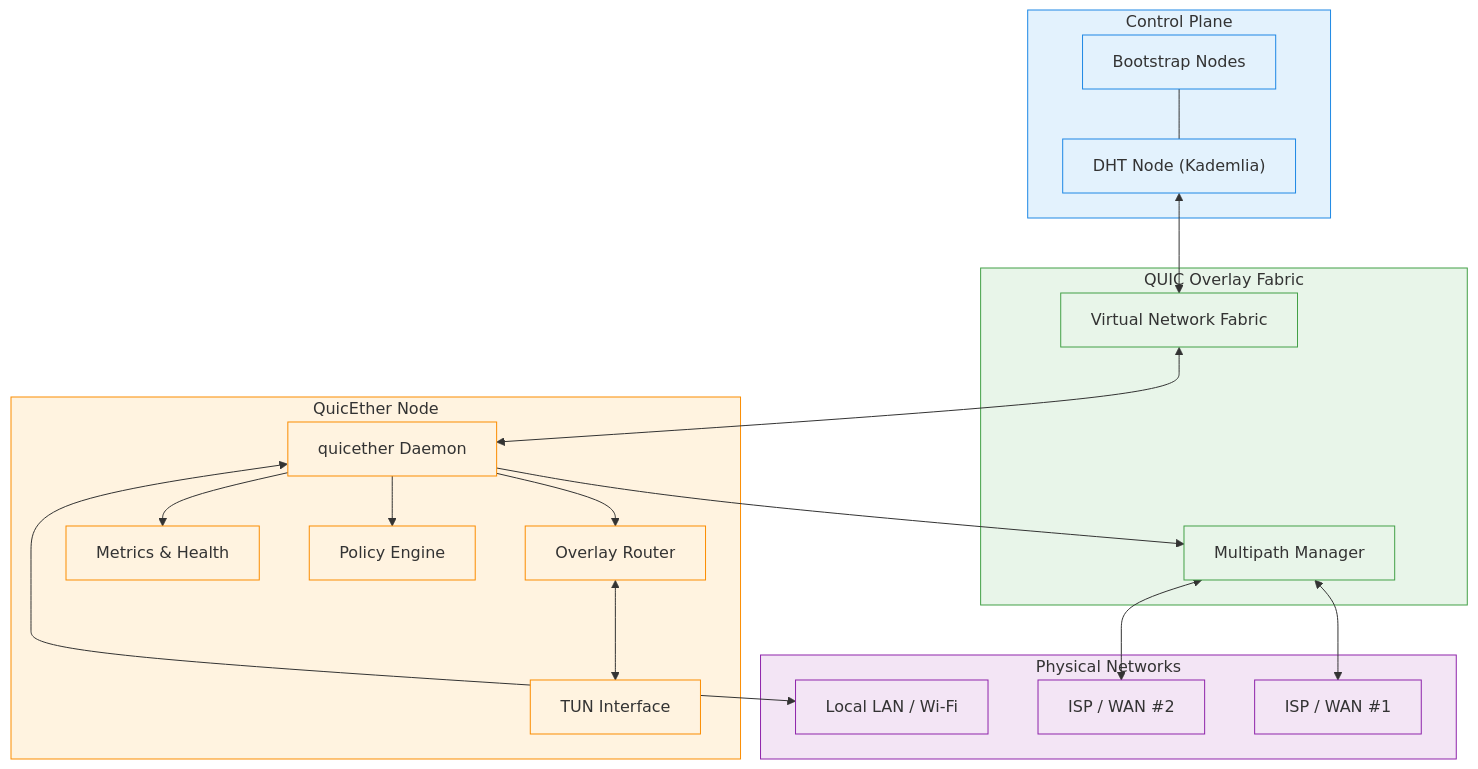
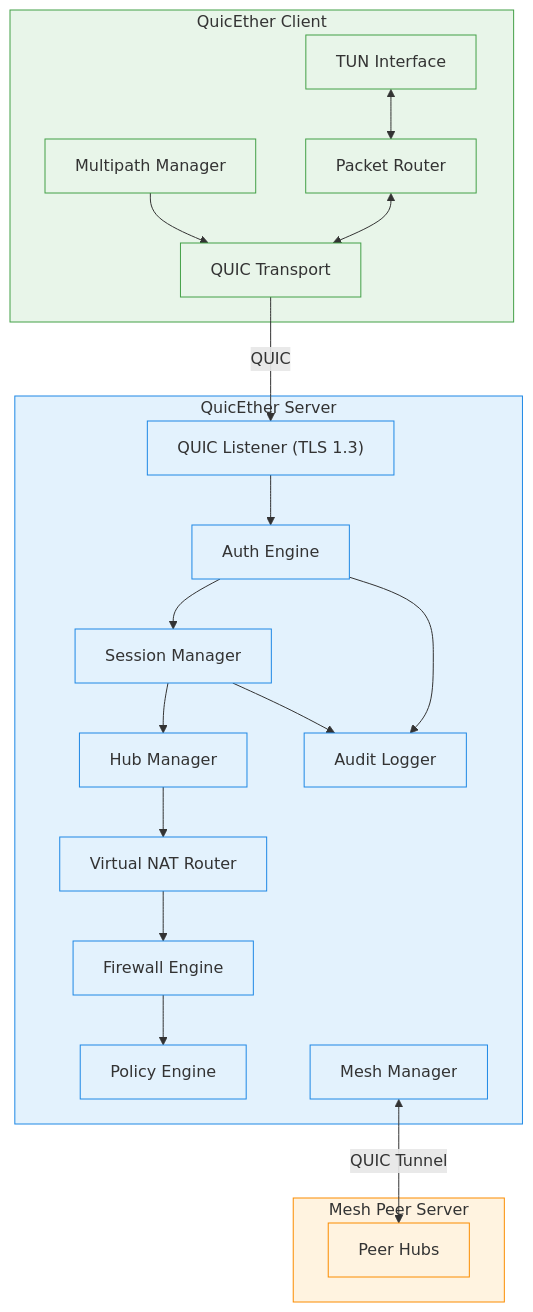
Before and after one commit to quicether/book: the first of 2 diagrams in 05-architecture.md, drawn with Mermaid. The commit also changed other lines of this file and 20 other files, not shown here.

First line of the commit message:
Refactor README and architecture diagrams for QuicEther v2.0

````diff
--- a/05-architecture.md
+++ b/05-architecture.md
@@ -42,56 +47,47 @@
 ```mermaid
 graph TD
-    %% Top layer: Control plane
-    subgraph ControlPlane[Control Plane]
-        DHT["DHT Node (Kademlia)"]
-        BOOT["Bootstrap Nodes"]
+    subgraph Server["QuicEther Server"]
+        LISTENER["QUIC Listener (TLS 1.3)"]
+        AUTH["Auth Engine"]
+        HUB["Hub Manager"]
+        SESSION["Session Manager"]
+        NAT["Virtual NAT Router"]
+        FW["Firewall Engine"]
+        POLICY["Policy Engine"]
+        MESH["Mesh Manager"]
+        AUDIT["Audit Logger"]
     end
 
-    %% Middle layer: Overlay fabric
-    subgraph OverlayFabric["QUIC Overlay Fabric"]
-        VNF["Virtual Network Fabric"]
+    subgraph Client["QuicEther Client"]
+        TUN["TUN Interface"]
+        TRANSPORT["QUIC Transport"]
         MP["Multipath Manager"]
+        ROUTER["Packet Router"]
     end
 
-    %% Bottom layer: Data plane per node
-    subgraph Node["QuicEther Node"]
-        DAEMON["quicether Daemon"]
-        TUN["TUN Interface"]
-        ROUTER["Overlay Router"]
-        POLICY["Policy Engine"]
-        METRICS["Metrics & Health"]
+    subgraph MeshPeer["Mesh Peer Server"]
+        PEER_HUB["Peer Hubs"]
     end
 
-    %% External networks
-    subgraph Underlay["Physical Networks"]
-        ISP1["ISP / WAN #1"]
-        ISP2["ISP / WAN #2"]
-        LAN["Local LAN / Wi-Fi"]
-    end
+    TRANSPORT -->|QUIC| LISTENER
+    LISTENER --> AUTH
+    AUTH --> SESSION
+    SESSION --> HUB
+    HUB --> NAT
+    NAT --> FW
+    FW --> POLICY
+    TUN <--> ROUTER
+    ROUTER <--> TRANSPORT
+    MP --> TRANSPORT
+    MESH <-->|QUIC Tunnel| PEER_HUB
+    AUTH --> AUDIT
+    SESSION --> AUDIT
 
-    %% Relationships
-    BOOT --- DHT
-    DHT <--> VNF
+    classDef server fill:#e3f2fd,stroke:#1e88e5;
+    classDef client fill:#e8f5e9,stroke:#43a047;
+    classDef peer fill:#fff3e0,stroke:#fb8c00;
 
-    VNF <--> DAEMON
-    DAEMON --> MP
-    DAEMON --> ROUTER
-    ROUTER <--> TUN
-    DAEMON --> POLICY
-    DAEMON --> METRICS
-
-    MP <--> ISP1
-    MP <--> ISP2
-    DAEMON <--> LAN
-
-    %% Notes
-    classDef control fill:#e3f2fd,stroke:#1e88e5;
-    classDef overlay fill:#e8f5e9,stroke:#43a047;
-    classDef node fill:#fff3e0,stroke:#fb8c00;
-    classDef underlay fill:#f3e5f5,stroke:#8e24aa;
-
-    class ControlPlane,DHT,BOOT control;
-    class OverlayFabric,VNF,MP overlay;
-    class Node,DAEMON,TUN,ROUTER,POLICY,METRICS node;
-    class Underlay,ISP1,ISP2,LAN underlay;
+    class Server,LISTENER,AUTH,HUB,SESSION,NAT,FW,POLICY,MESH,AUDIT server;
+    class Client,TUN,TRANSPORT,MP,ROUTER client;
+    class MeshPeer,PEER_HUB peer;
 ```
````
